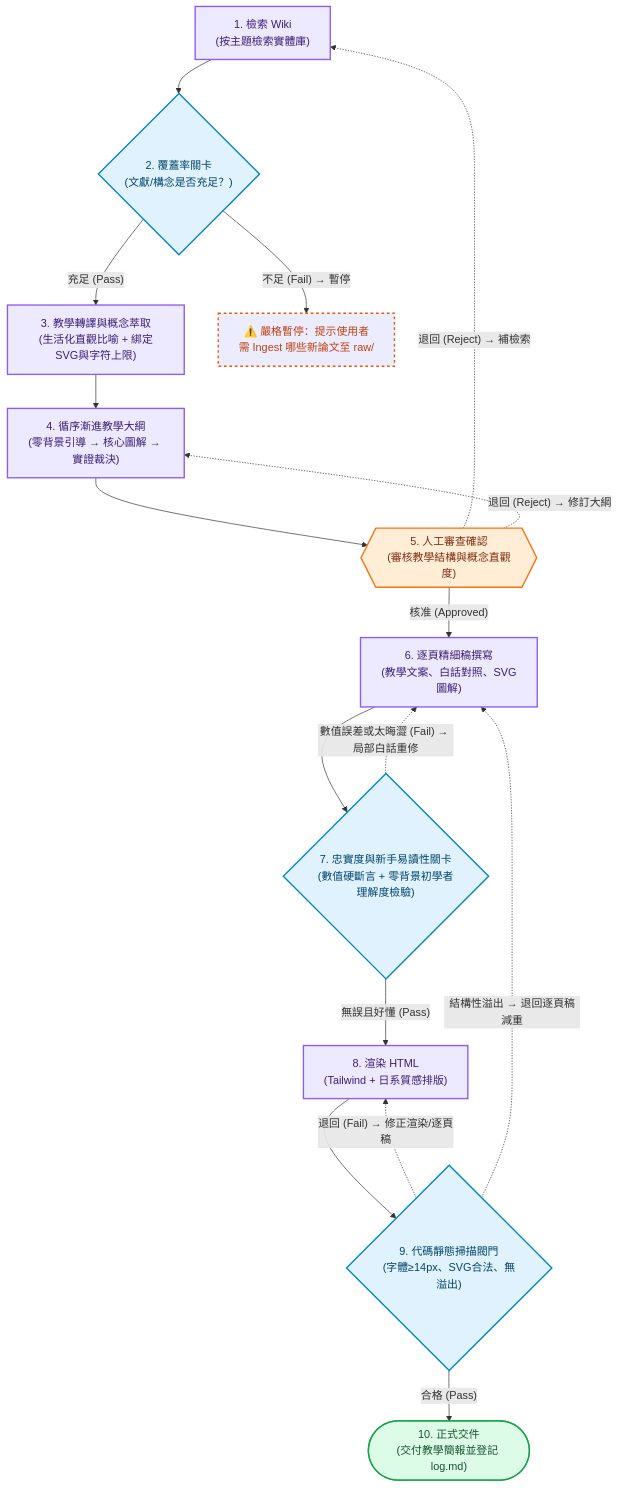
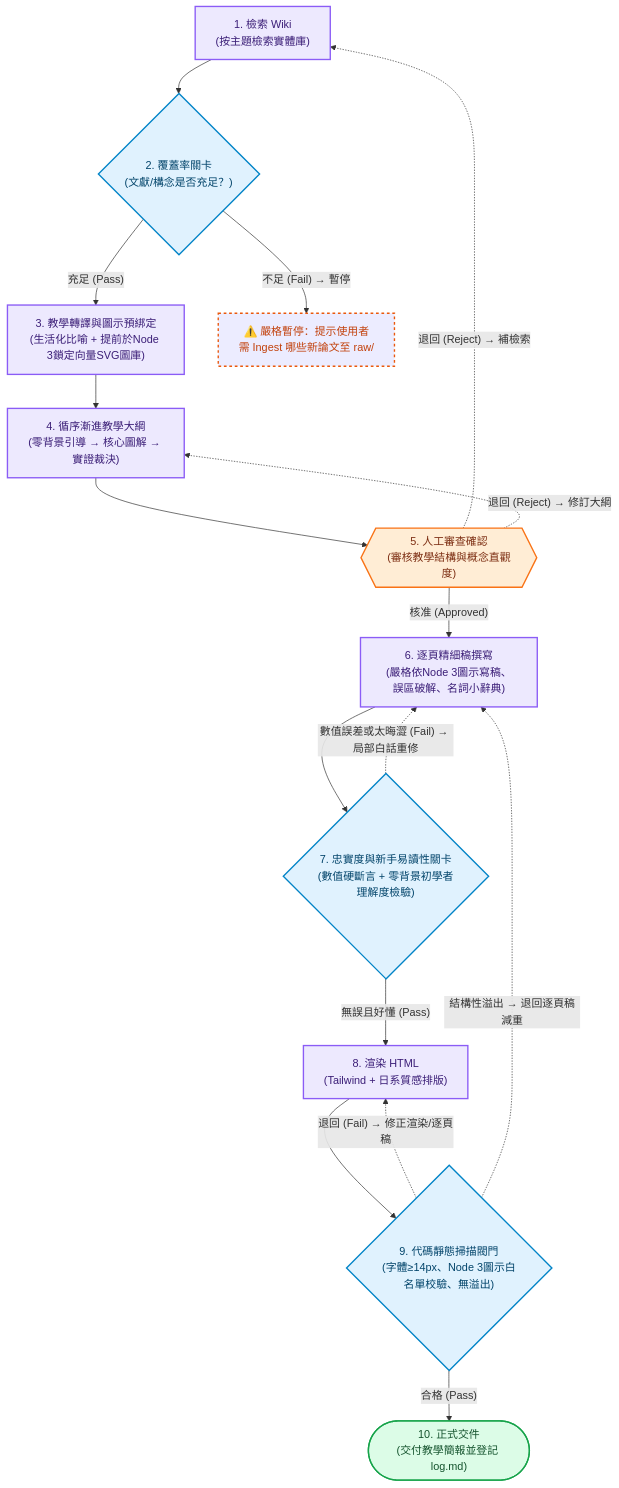
One commit to sasa0905/10 changed the diagram in AGENTS.md. Above: the diagram before and after it, drawn with Mermaid. The commit also changed other lines of this file, not shown here.

Commit message:
docs: explicitly codify Node 3 icon pre-binding and Node 9 whitelist linter in Graph

````diff
--- a/AGENTS.md
+++ b/AGENTS.md
@@ -166,38 +166,38 @@
 ```mermaid
 flowchart TD
     classDef aiNode fill:#ede9fe,stroke:#8b5cf6,stroke-width:2px,color:#3b1e77;
     classDef gateNode fill:#e0f2fe,stroke:#0284c7,stroke-width:2px,color:#03456b;
     classDef humanNode fill:#ffedd5,stroke:#f97316,stroke-width:2px,color:#7c2d12;
     classDef deliverNode fill:#dcfce7,stroke:#16a34a,stroke-width:2px,color:#14532d;
     classDef rollback stroke:#ea580c,stroke-width:2px,stroke-dasharray: 4 4,color:#c2410c;
 
     N1["1. 檢索 Wiki<br/>(按主題檢索實體庫)"]:::aiNode
     N2{"2. 覆蓋率關卡<br/>(文獻/構念是否充足？)"}:::gateNode
-    N3["3. 教學轉譯與概念萃取<br/>(生活化直觀比喻 + 綁定SVG與字符上限)"]:::aiNode
+    N3["3. 教學轉譯與圖示預綁定<br/>(生活化比喻 + 提前於Node 3鎖定向量SVG圖庫)"]:::aiNode
     N4["4. 循序漸進教學大綱<br/>(零背景引導 → 核心圖解 → 實證裁決)"]:::aiNode
     N5{{"5. 人工審查確認<br/>(審核教學結構與概念直觀度)"}}:::humanNode
-    N6["6. 逐頁精細稿撰寫<br/>(教學文案、白話對照、SVG圖解)"]:::aiNode
+    N6["6. 逐頁精細稿撰寫<br/>(嚴格依Node 3圖示寫稿、誤區破解、名詞小辭典)"]:::aiNode
     N7{"7. 忠實度與新手易讀性關卡<br/>(數值硬斷言 + 零背景初學者理解度檢驗)"}:::gateNode
     N8["8. 渲染 HTML<br/>(Tailwind + 日系質感排版)"]:::aiNode
-    N9{"9. 代碼靜態掃描閥門<br/>(字體≥14px、SVG合法、無溢出)"}:::gateNode
+    N9{"9. 代碼靜態掃描閥門<br/>(字體≥14px、Node 3圖示白名單校驗、無溢出)"}:::gateNode
     N10(["10. 正式交件<br/>(交付教學簡報並登記 log.md)"]):::deliverNode
 
     %% 主流程
     N1 --> N2
     N2 -- "充足 (Pass)" --> N3
     N3 --> N4
     N4 --> N5
     N5 -- "核准 (Approved)" --> N6
     N6 --> N7
     N7 -- "無誤且好懂 (Pass)" --> N8
     N8 --> N9
     N9 -- "合格 (Pass)" --> N10
 
     %% 退回與中斷分支
     N2 -- "不足 (Fail) → 暫停" --> STOP["⚠️ 嚴格暫停：提示使用者<br/>需 Ingest 哪些新論文至 raw/"]:::rollback
     N5 -. "退回 (Reject) → 補檢索" .-> N1
     N5 -. "退回 (Reject) → 修訂大綱" .-> N4
     N7 -. "數值誤差或太晦澀 (Fail) → 局部白話重修" .-> N6
     N9 -. "退回 (Fail) → 修正渲染/逐頁稿" .-> N8
     N9 -. "結構性溢出 → 退回逐頁稿減重" .-> N6
 ```
````
